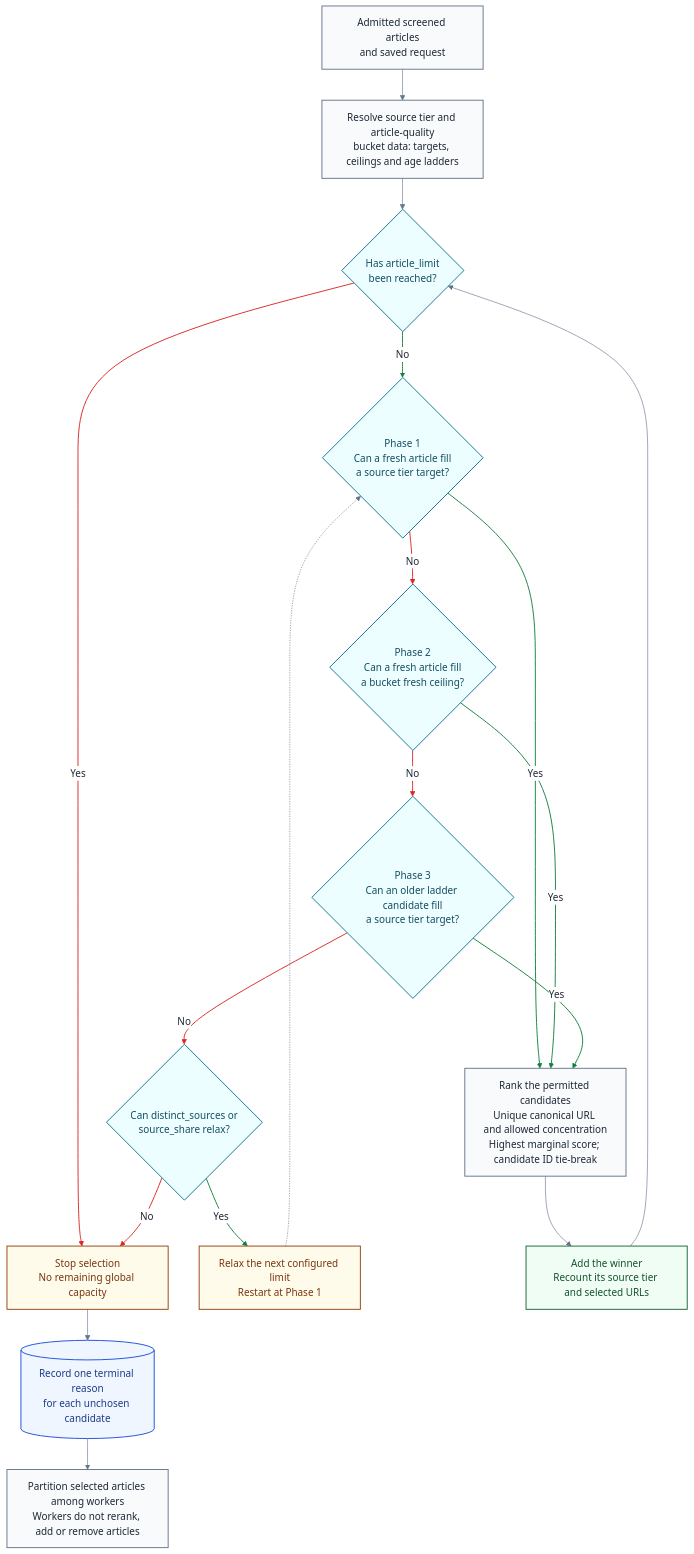
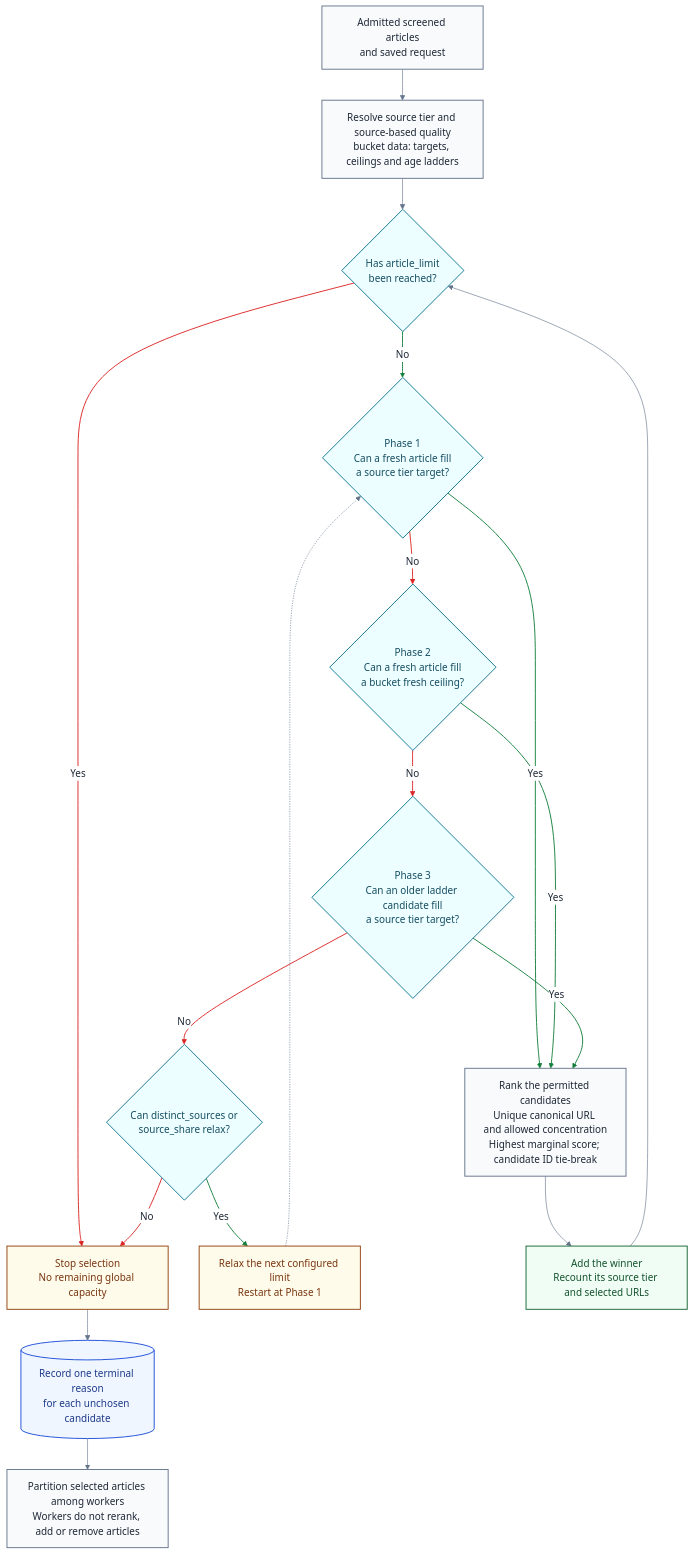
The diagram in docs/architecture/sources/feed-curation.md (miztiik/yen-idhazh), drawn with Mermaid before and after one commit. The commit also changed other lines of this file and 76 other files, not shown here.

````diff
--- a/docs/architecture/sources/feed-curation.md
+++ b/docs/architecture/sources/feed-curation.md
@@ -267,36 +277,36 @@
 ```mermaid
 %%{init: {"theme": "base", "themeVariables": {"fontFamily": "sans-serif", "background": "#ffffff", "primaryColor": "#f8fafc", "primaryTextColor": "#1f2937", "primaryBorderColor": "#64748b", "lineColor": "#64748b", "textColor": "#1f2937", "clusterBkg": "#f8fafc", "clusterBorder": "#94a3b8", "edgeLabelBackground": "#ffffff"}}}%%
 flowchart TD
-  START["Admitted screened articles<br/>and saved request"] --> CALC["Resolve source tier and article-quality<br/>bucket data: targets, ceilings and age ladders"]
+  START["Admitted screened articles<br/>and saved request"] --> CALC["Resolve source tier and source-based quality<br/>bucket data: targets, ceilings and age ladders"]
   CALC --> ROOM{"Has article_limit<br/>been reached?"}
   ROOM -->|"Yes"| STOP["Stop selection<br/>No remaining global capacity"]
   ROOM -->|"No"| PHASE1{"Phase 1<br/>Can a fresh article fill<br/>a source tier target?"}
   PHASE1 -->|"Yes"| RANK["Rank the permitted candidates<br/>Unique canonical URL and allowed concentration<br/>Highest marginal score; candidate ID tie-break"]
   PHASE1 -->|"No"| PHASE2{"Phase 2<br/>Can a fresh article fill<br/>a bucket fresh ceiling?"}
   PHASE2 -->|"Yes"| RANK
   PHASE2 -->|"No"| PHASE3{"Phase 3<br/>Can an older ladder candidate fill<br/>a source tier target?"}
   PHASE3 -->|"Yes"| RANK
   PHASE3 -->|"No"| RELAX{"Can distinct_sources or<br/>source_share relax?"}
   RELAX -->|"Yes"| RELAXED["Relax the next configured limit<br/>Restart at Phase 1"]
   RELAXED -.-> PHASE1
   RELAX -->|"No"| STOP
   RANK --> ADD["Add the winner<br/>Recount its source tier and selected URLs"]
   ADD --> ROOM
   STOP --> RECORD[("Record one terminal reason<br/>for each unchosen candidate")]
   RECORD --> PARTITION["Partition selected articles among workers<br/>Workers do not rerank, add or remove articles"]
 
   classDef stage fill:#f8fafc,stroke:#64748b,stroke-width:1.5px,color:#1f2937;
   classDef decision fill:#ecfeff,stroke:#0e7490,stroke-width:1.5px,color:#164e63;
   classDef yes fill:#f0fdf4,stroke:#166534,stroke-width:1.5px,color:#14532d;
   classDef warn fill:#fffbeb,stroke:#92400e,stroke-width:1.5px,color:#78350f;
   classDef ledger fill:#eff6ff,stroke:#1d4ed8,stroke-width:1.5px,color:#1e3a8a;
 
   class START,CALC,RANK,PARTITION stage;
   class ROOM,PHASE1,PHASE2,PHASE3,RELAX decision;
   class ADD yes;
   class STOP,RELAXED warn;
   class RECORD ledger;
 
   linkStyle 3,4,6,8,10 stroke:#15803d,stroke-width:1.5px;
   linkStyle 2,5,7,9,12 stroke:#dc2626,stroke-width:1.5px;
 ```
````
